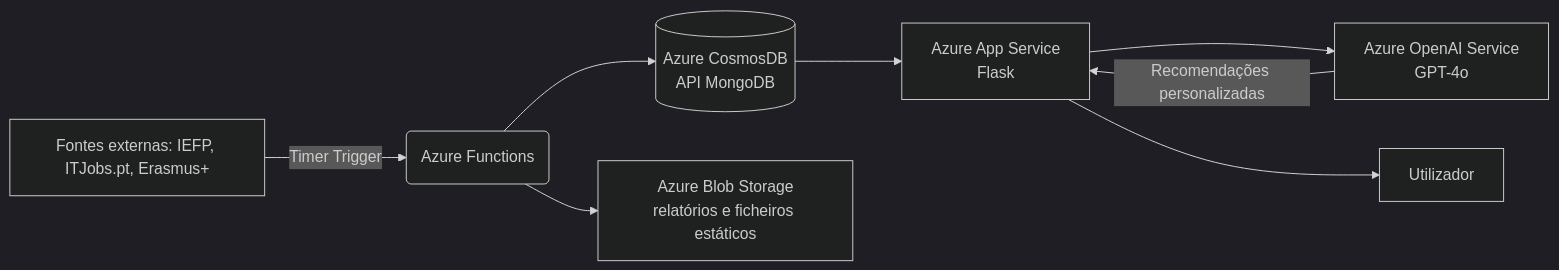
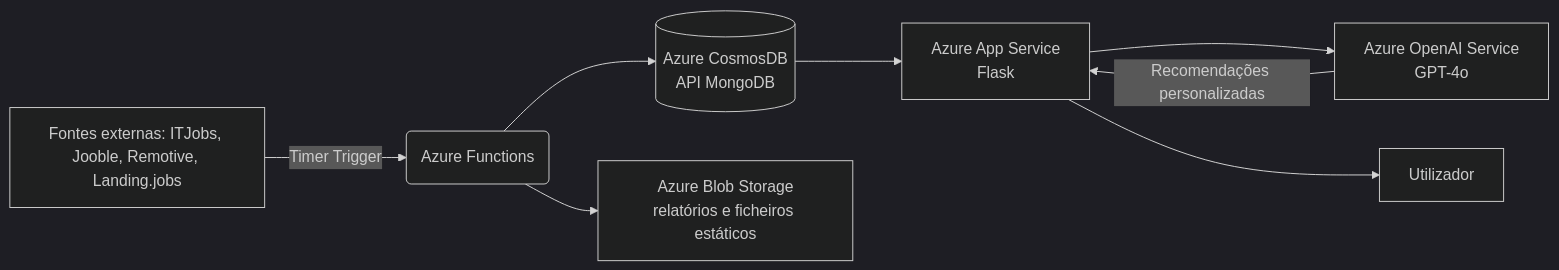
Before and after one commit to leonardo-martins14/Oportunia: the diagram in README.md, drawn with Mermaid (dark theme). The commit also changed other lines of this file, not shown here.

````diff
--- a/README.md
+++ b/README.md
@@ -25,10 +25,10 @@
 ```mermaid
 flowchart LR
-    A[Fontes externas: IEFP, ITJobs.pt, Erasmus+] -->|Timer Trigger| B(Azure Functions)
+    A[Fontes externas: ITJobs, Jooble, Remotive, Landing.jobs] -->|Timer Trigger| B(Azure Functions)
     B --> C[(Azure CosmosDB<br/>API MongoDB)]
     C --> D[Azure App Service<br/>Flask]
     D --> E[Azure OpenAI Service<br/>GPT-4o]
     E -->|Recomendações personalizadas| D
     D --> F[Utilizador]
     B --> G[Azure Blob Storage<br/>relatórios e ficheiros estáticos]
 ```
````
